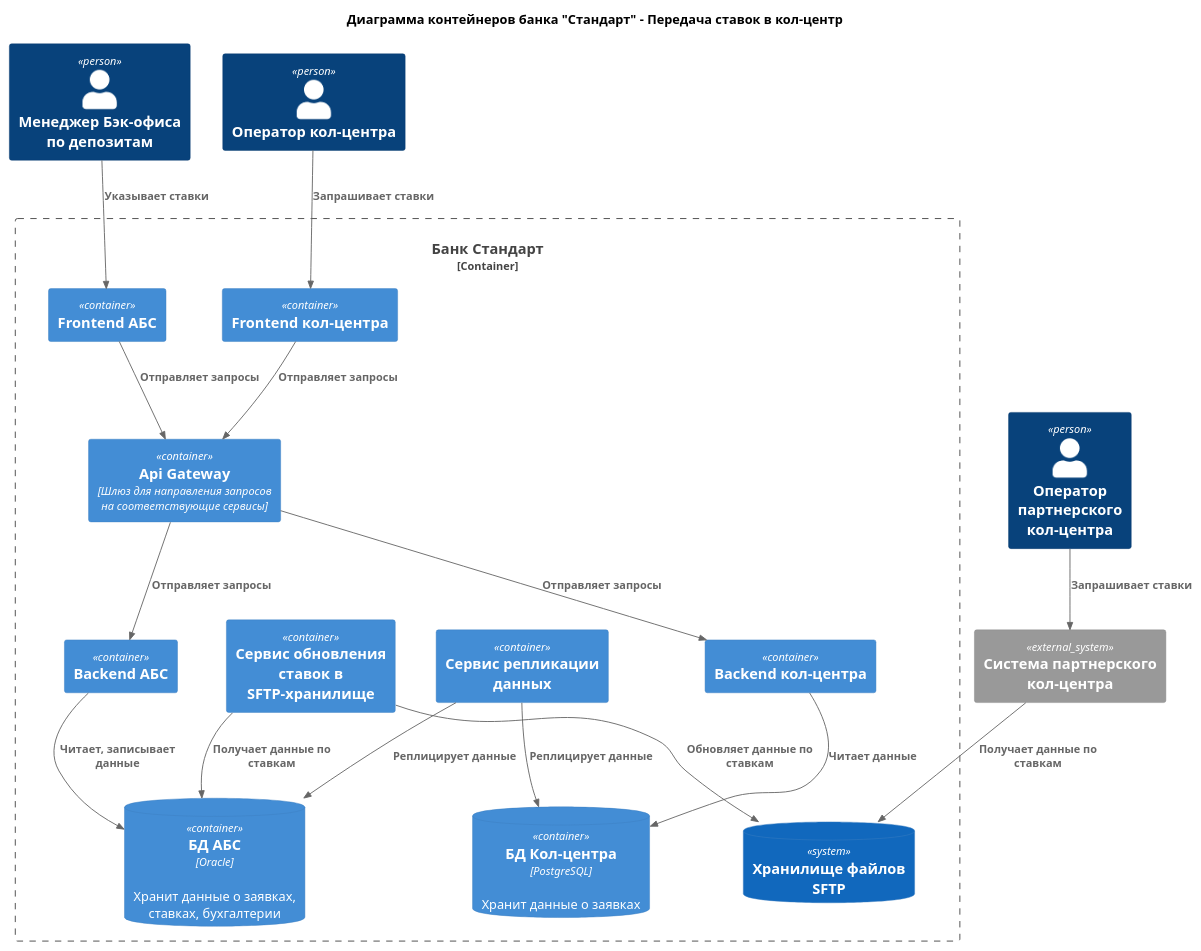
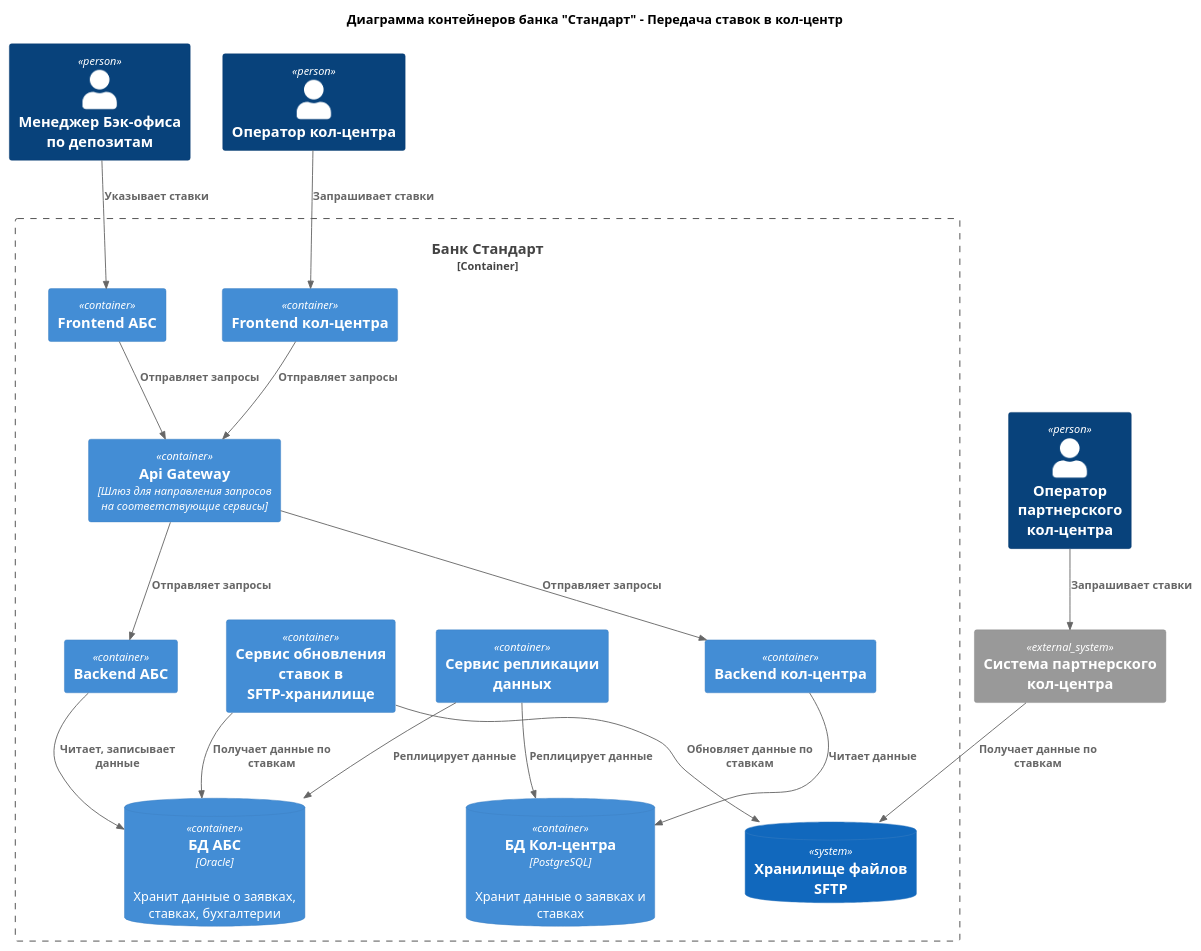
One commit to knautilus/architecture-standart changed the diagram in Task4/C4_Container.puml. Above: the diagram before and after it, drawn with PlantUML. The commit also changed 3 other files, not shown here.

```diff
--- a/Task4/C4_Container.puml
+++ b/Task4/C4_Container.puml
@@ -1,41 +1,41 @@
 @startuml
 
 title Диаграмма контейнеров банка "Стандарт" - Передача ставок в кол-центр
 
 !include https://raw.githubusercontent.com/plantuml-stdlib/C4-PlantUML/master/C4_Container.puml
 
 Person(BODepositManager, "Менеджер Бэк-офиса по депозитам")
 Person(CallOperator, "Оператор кол-центра")
 Person(ExtCallOperator, "Оператор партнерского кол-центра")
 
 Container_Boundary(Bank, "Банк Стандарт") {
     Container(FECallCenter, "Frontend кол-центра")
     Container(FEAbs, "Frontend АБС")
     Container(ApiGateway, "Api Gateway", "Шлюз для направления запросов на соответствующие сервисы")
     Container(BECallCenter, "Backend кол-центра")
     Container(BEAbs, "Backend АБС")
     Container(ReplicationService, "Сервис репликации данных")
     Container(SFTPUpdateService, "Сервис обновления ставок в SFTP-хранилище")
     ContainerDb(DBAbs, "БД АБС", "Oracle", "Хранит данные о заявках, ставках, бухгалтерии")
-    ContainerDb(DBCall, "БД Кол-центра", "PostgreSQL", "Хранит данные о заявках")
+    ContainerDb(DBCall, "БД Кол-центра", "PostgreSQL", "Хранит данные о заявках и ставках")
     SystemDb(SFTP, "Хранилище файлов SFTP")
 }
 
 System_Ext(ExtCallCenter, "Система партнерского кол-центра")
 
 Rel(BODepositManager, FEAbs, "Указывает ставки")
 Rel(CallOperator, FECallCenter, "Запрашивает ставки")
 Rel(FECallCenter, ApiGateway, "Отправляет запросы")
 Rel(FEAbs, ApiGateway, "Отправляет запросы")
 Rel(ApiGateway, BECallCenter, "Отправляет запросы")
 Rel(ApiGateway, BEAbs, "Отправляет запросы")
 Rel(ExtCallOperator, ExtCallCenter, "Запрашивает ставки")
 Rel(ExtCallCenter, SFTP, "Получает данные по ставкам")
 Rel(BEAbs, DBAbs, "Читает, записывает данные")
 Rel(BECallCenter, DBCall, "Читает данные")
 Rel(ReplicationService, DBAbs, "Реплицирует данные")
 Rel(ReplicationService, DBCall, "Реплицирует данные")
 Rel(SFTPUpdateService, SFTP, "Обновляет данные по ставкам")
 Rel(SFTPUpdateService, DBAbs, "Получает данные по ставкам")
 
 @enduml
```
